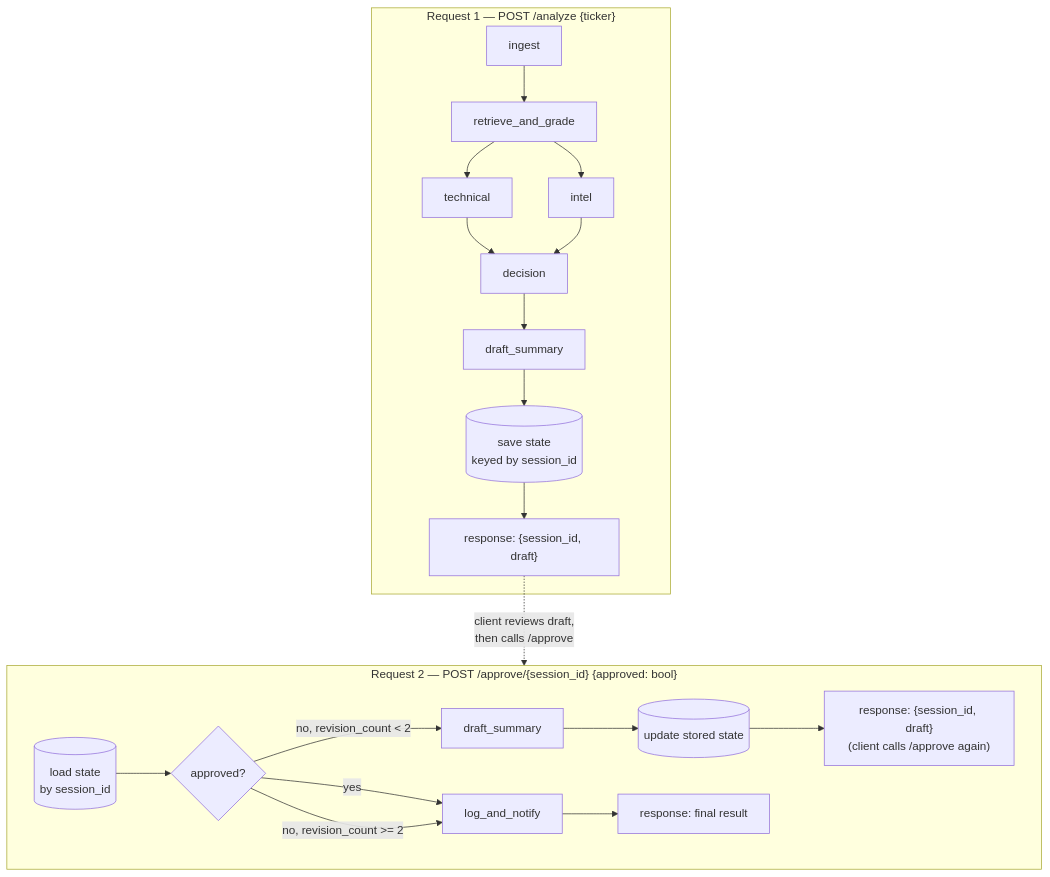
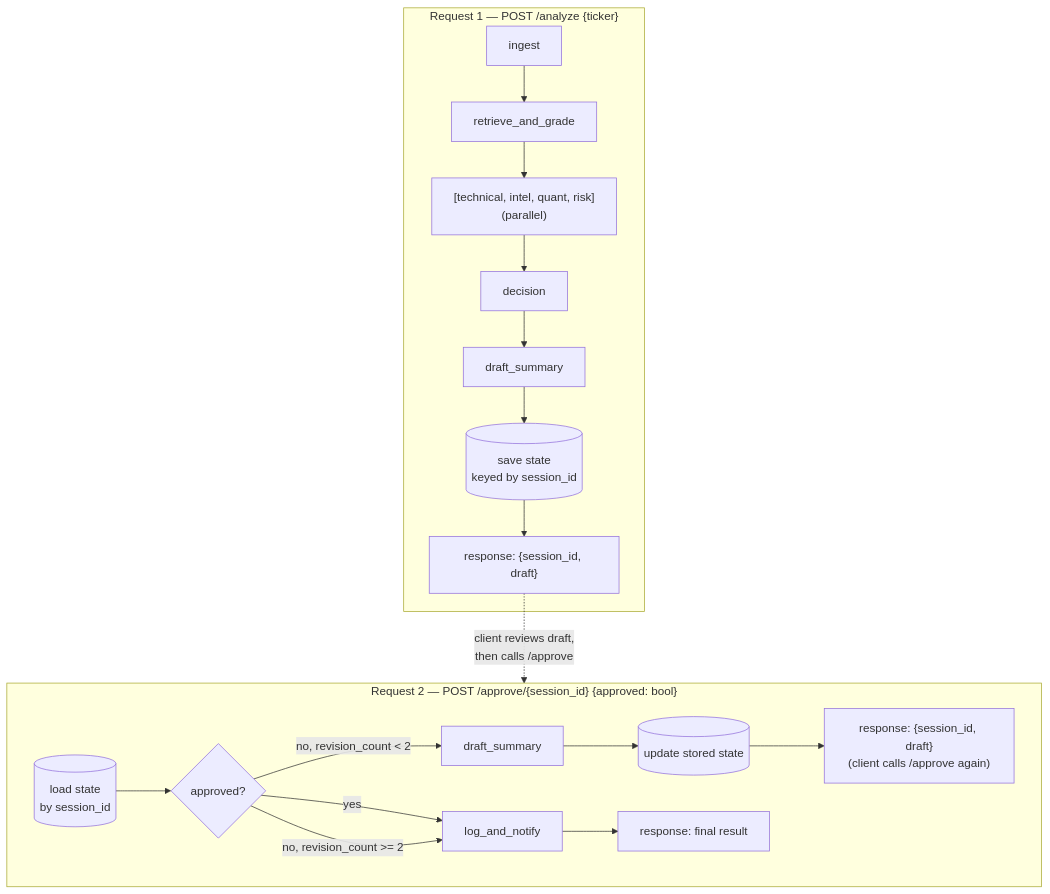
One commit to Rae-ymr/daily_stock_agent changed the second of 2 diagrams in docs/human_checkpoint_flow.md. Above: the diagram before and after it, drawn with Mermaid. The commit also changed other lines of this file and 3 other files, not shown here.

````diff
--- a/docs/human_checkpoint_flow.md
+++ b/docs/human_checkpoint_flow.md
@@ -37,23 +34,21 @@
 ```mermaid
 flowchart TD
     subgraph R1["Request 1 — POST /analyze {ticker}"]
         A[ingest] --> B[retrieve_and_grade]
-        B --> T[technical]
-        B --> I[intel]
-        T --> DEC[decision]
-        I --> DEC
+        B --> M["[technical, intel, quant, risk]\n(parallel)"]
+        M --> DEC[decision]
         DEC --> D[draft_summary]
         D --> STORE[("save state\nkeyed by session_id")]
         STORE --> RESP1["response: {session_id, draft}"]
     end
 
     RESP1 -.->|client reviews draft,\nthen calls /approve| R2
 
     subgraph R2["Request 2 — POST /approve/{session_id} {approved: bool}"]
         LOAD[("load state\nby session_id")] --> H{approved?}
         H -->|yes| LOG[log_and_notify]
         H -->|no, revision_count < 2| REDRAFT[draft_summary] --> STORE2[("update stored state")] --> RESP2["response: {session_id, draft}\n(client calls /approve again)"]
         H -->|no, revision_count >= 2| LOG
         LOG --> RESP3["response: final result"]
     end
 ```
````
